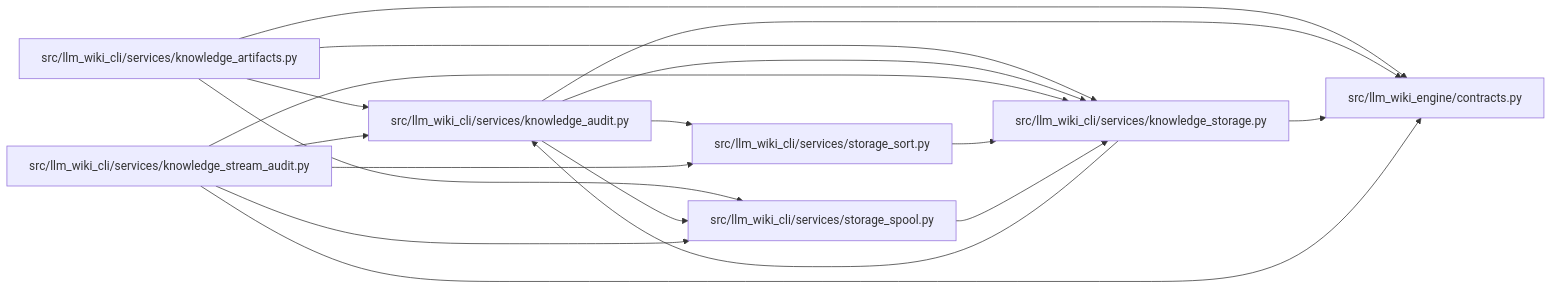
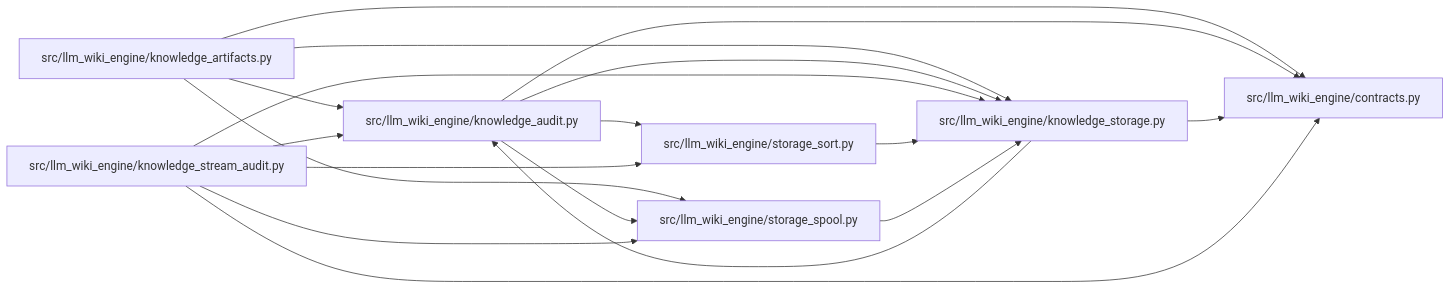
The diagram in docs/llm_wiki/modules/knowledge_audit.md (Denissvgn/python-wiki-llm), drawn with Mermaid before and after one commit. The commit also changed other lines of this file and 1058 other files, not shown here.

First line of the commit message:
docs: refresh the wiki for the knowledge store move

````diff
--- a/docs/llm_wiki/modules/knowledge_audit.md
+++ b/docs/llm_wiki/modules/knowledge_audit.md
@@ -26,34 +26,34 @@
 ```mermaid
 flowchart LR
-    n0["src/llm_wiki_cli/services/knowledge_artifacts.py"]
-    n1["src/llm_wiki_cli/services/knowledge_audit.py"]
-    n2["src/llm_wiki_cli/services/knowledge_storage.py"]
-    n3["src/llm_wiki_cli/services/knowledge_stream_audit.py"]
-    n4["src/llm_wiki_cli/services/storage_sort.py"]
-    n5["src/llm_wiki_cli/services/storage_spool.py"]
-    n6["src/llm_wiki_engine/contracts.py"]
-    n0 --> n1
-    n0 --> n2
-    n0 --> n5
-    n0 --> n6
+    n0["src/llm_wiki_engine/contracts.py"]
+    n1["src/llm_wiki_engine/knowledge_artifacts.py"]
+    n2["src/llm_wiki_engine/knowledge_audit.py"]
+    n3["src/llm_wiki_engine/knowledge_storage.py"]
+    n4["src/llm_wiki_engine/knowledge_stream_audit.py"]
+    n5["src/llm_wiki_engine/storage_sort.py"]
+    n6["src/llm_wiki_engine/storage_spool.py"]
+    n1 --> n0
     n1 --> n2
-    n1 --> n4
-    n1 --> n5
+    n1 --> n3
     n1 --> n6
-    n2 --> n1
+    n2 --> n0
+    n2 --> n3
+    n2 --> n5
     n2 --> n6
-    n3 --> n1
+    n3 --> n0
     n3 --> n2
-    n3 --> n4
-    n3 --> n5
-    n3 --> n6
+    n4 --> n0
     n4 --> n2
-    n5 --> n2
-    click n0 "../modules/knowledge_artifacts.md"
-    click n1 "../modules/knowledge_audit.md"
-    click n2 "../modules/knowledge_storage.md"
-    click n3 "../modules/knowledge_stream_audit.md"
-    click n4 "../modules/storage_sort.md"
-    click n5 "../modules/storage_spool.md"
-    click n6 "../modules/llm_wiki_engine_contracts.md"
+    n4 --> n3
+    n4 --> n5
+    n4 --> n6
+    n5 --> n3
+    n6 --> n3
+    click n0 "../modules/llm_wiki_engine_contracts.md"
+    click n1 "../modules/knowledge_artifacts.md"
+    click n2 "../modules/knowledge_audit.md"
+    click n3 "../modules/knowledge_storage.md"
+    click n4 "../modules/knowledge_stream_audit.md"
+    click n5 "../modules/storage_sort.md"
+    click n6 "../modules/storage_spool.md"
 ```
````
